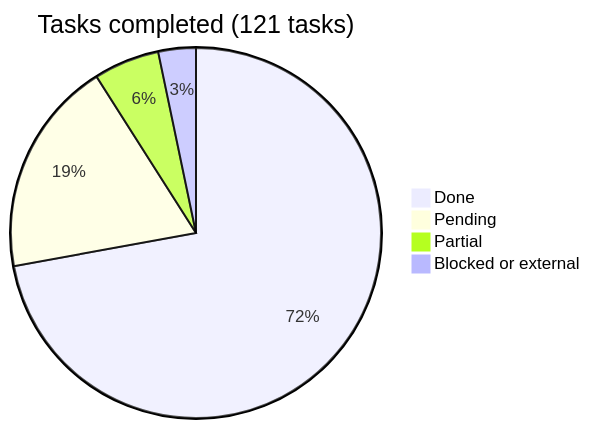
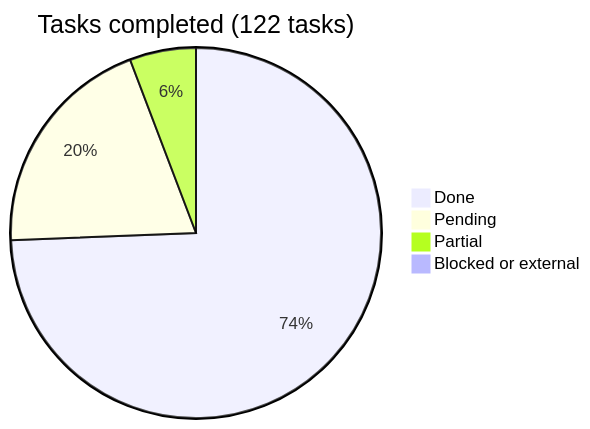
One commit to araguaney-lat/araguaney-app changed the diagram in docs/roadmap/README.md. Above: the diagram before and after it, drawn with Mermaid. The commit also changed other lines of this file and 15 other files, not shown here.

````diff
--- a/docs/roadmap/README.md
+++ b/docs/roadmap/README.md
@@ -16,7 +16,7 @@
 ```mermaid
-pie title Tasks completed (121 tasks)
-    "Done" : 88
-    "Pending" : 23
+pie title Tasks completed (122 tasks)
+    "Done" : 90
+    "Pending" : 24
     "Partial" : 7
-    "Blocked or external" : 4
+    "Blocked or external" : 1
 ```
````
